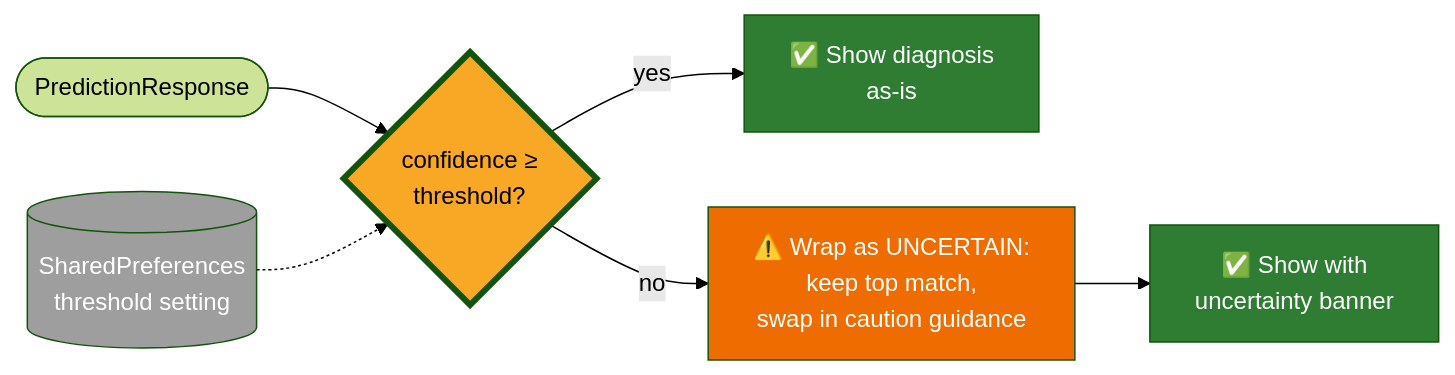
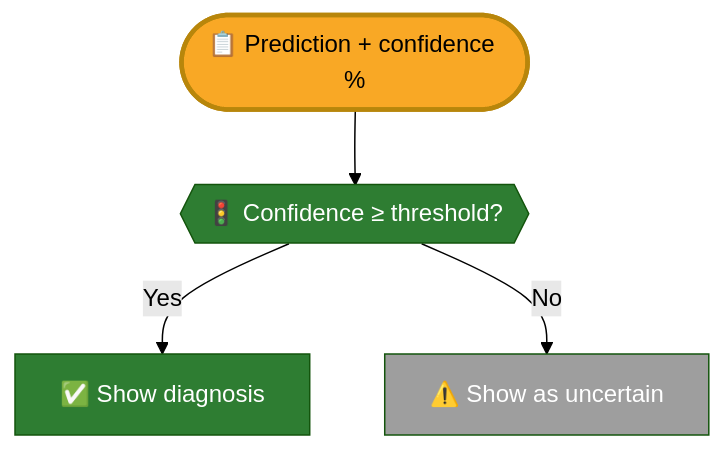
The eighth of 12 diagrams in Cropora System Design Presentation.md (Raj-Indra-Asura/Cropora), drawn with Mermaid (forest theme) before and after one commit. The commit also changed other lines of this file, not shown here.

````diff
--- a/Cropora System Design Presentation.md
+++ b/Cropora System Design Presentation.md
@@ -518,14 +238,11 @@
 ```mermaid
-flowchart LR
-    P(["PredictionResponse"]) --> G{"confidence ≥<br/>threshold?"}
-    G -->|"yes"| OK["✅ Show diagnosis<br/>as-is"]
-    G -->|"no"| WRAP["⚠️ Wrap as UNCERTAIN:<br/>keep top match,<br/>swap in caution guidance"]
-    WRAP --> OK2["✅ Show with<br/>uncertainty banner"]
-    PREF[("SharedPreferences<br/>threshold setting")] -.-> G
+flowchart TD
+    ANS(["📋 Prediction + confidence %"]) --> GT{{"🚦 Confidence ≥ threshold?"}}
+    GT -- Yes  --> OK["✅ Show diagnosis"]
+    GT -- No   --> UNC["⚠️ Show as uncertain"]
 
-    style G fill:#f9a825,color:#000,stroke-width:4px
+    style ANS fill:#f9a825,color:#000,stroke:#b8860b,stroke-width:3px
+    style GT fill:#2e7d32,color:#fff
     style OK fill:#2e7d32,color:#fff
-    style OK2 fill:#2e7d32,color:#fff
-    style WRAP fill:#ef6c00,color:#fff
-    style PREF fill:#9e9e9e,color:#fff
+    style UNC fill:#9e9e9e,color:#fff
 ```
````
